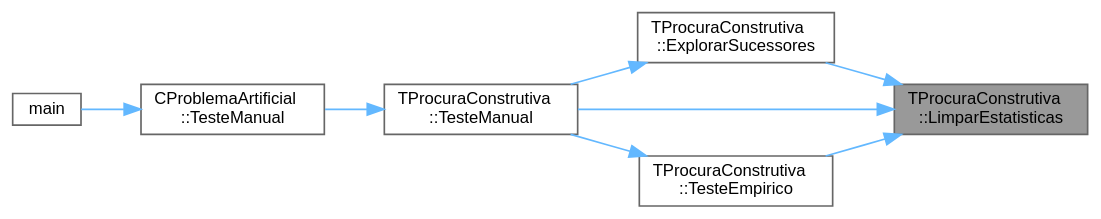
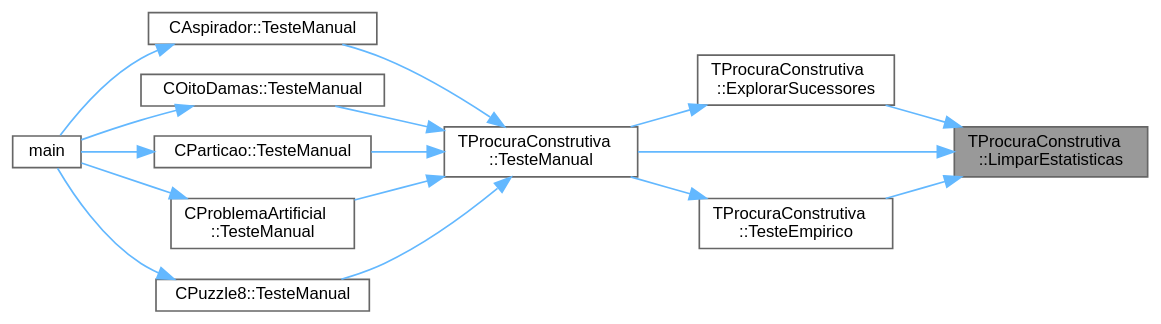
One commit to jcoelho72/TProcura changed the diagram in classTProcuraConstrutiva_ae254bbde1b2e36391d575fc2836fea7f_icgraph.dot. Above: the diagram before and after it, drawn with Graphviz. The commit also changed 389 other files, not shown here.

Commit message:
Deploying to gh-pages from @ jcoelho72/TProcuraConstrutiva@d73985d2b226c835cec3e36c712497b055dc47c4 🚀

```diff
--- a/classTProcuraConstrutiva_ae254bbde1b2e36391d575fc2836fea7f_icgraph.dot
+++ b/classTProcuraConstrutiva_ae254bbde1b2e36391d575fc2836fea7f_icgraph.dot
@@ -1,21 +1,33 @@
 digraph "TProcuraConstrutiva::LimparEstatisticas"
 {
  // LATEX_PDF_SIZE
   bgcolor="transparent";
   edge [fontname=Helvetica,fontsize=10,labelfontname=Helvetica,labelfontsize=10];
   node [fontname=Helvetica,fontsize=10,shape=box,height=0.2,width=0.4];
   rankdir="RL";
   Node1 [id="Node000001",label="TProcuraConstrutiva\l::LimparEstatisticas",height=0.2,width=0.4,color="gray40", fillcolor="grey60", style="filled", fontcolor="black",tooltip=" "];
-  Node1 -> Node2 [id="edge8_Node000001_Node000002",dir="back",color="steelblue1",style="solid",tooltip=" "];
+  Node1 -> Node2 [id="edge16_Node000001_Node000002",dir="back",color="steelblue1",style="solid",tooltip=" "];
   Node2 [id="Node000002",label="TProcuraConstrutiva\l::ExplorarSucessores",height=0.2,width=0.4,color="grey40", fillcolor="white", style="filled",URL="$classTProcuraConstrutiva.html#ab5639efca5e48b564a8bdd9ec23a8955",tooltip=" "];
-  Node2 -> Node3 [id="edge9_Node000002_Node000003",dir="back",color="steelblue1",style="solid",tooltip=" "];
+  Node2 -> Node3 [id="edge17_Node000002_Node000003",dir="back",color="steelblue1",style="solid",tooltip=" "];
   Node3 [id="Node000003",label="TProcuraConstrutiva\l::TesteManual",height=0.2,width=0.4,color="grey40", fillcolor="white", style="filled",URL="$group__RedefinicaoMandatoria.html#ga843a501e25cbaff7eb51d8d29995be3a",tooltip="Inicializa a interação com o utilizador."];
-  Node3 -> Node4 [id="edge10_Node000003_Node000004",dir="back",color="steelblue1",style="solid",tooltip=" "];
-  Node4 [id="Node000004",label="CProblemaArtificial\l::TesteManual",height=0.2,width=0.4,color="grey40", fillcolor="white", style="filled",URL="$classCProblemaArtificial.html#abaad629eb538177261df40e1e27e92ed",tooltip="Inicializa a interação com o utilizador."];
-  Node4 -> Node5 [id="edge11_Node000004_Node000005",dir="back",color="steelblue1",style="solid",tooltip=" "];
+  Node3 -> Node4 [id="edge18_Node000003_Node000004",dir="back",color="steelblue1",style="solid",tooltip=" "];
+  Node4 [id="Node000004",label="CAspirador::TesteManual",height=0.2,width=0.4,color="grey40", fillcolor="white", style="filled",URL="$classCAspirador.html#a718c8187439940dec18a46a9e9e024e3",tooltip="Inicializa a interação com o utilizador."];
+  Node4 -> Node5 [id="edge19_Node000004_Node000005",dir="back",color="steelblue1",style="solid",tooltip=" "];
   Node5 [id="Node000005",label="main",height=0.2,width=0.4,color="grey40", fillcolor="white", style="filled",URL="$teste_8cpp.html#a0ddf1224851353fc92bfbff6f499fa97",tooltip=" "];
-  Node1 -> Node6 [id="edge12_Node000001_Node000006",dir="back",color="steelblue1",style="solid",tooltip=" "];
-  Node6 [id="Node000006",label="TProcuraConstrutiva\l::TesteEmpirico",height=0.2,width=0.4,color="grey40", fillcolor="white", style="filled",URL="$group__RedefinicaoOpcional.html#gab2fca28035f165ce7c1d40acbfc8c971",tooltip="Executa testes empíricos, em todas as configurações guardadas, nas instâncias selecionadas."];
-  Node6 -> Node3 [id="edge13_Node000006_Node000003",dir="back",color="steelblue1",style="solid",tooltip=" "];
-  Node1 -> Node3 [id="edge14_Node000001_Node000003",dir="back",color="steelblue1",style="solid",tooltip=" "];
+  Node3 -> Node6 [id="edge20_Node000003_Node000006",dir="back",color="steelblue1",style="solid",tooltip=" "];
+  Node6 [id="Node000006",label="COitoDamas::TesteManual",height=0.2,width=0.4,color="grey40", fillcolor="white", style="filled",URL="$classCOitoDamas.html#a0fb443165d257ac17fc8cf5bc870404d",tooltip="Inicializa a interação com o utilizador."];
+  Node6 -> Node5 [id="edge21_Node000006_Node000005",dir="back",color="steelblue1",style="solid",tooltip=" "];
+  Node3 -> Node7 [id="edge22_Node000003_Node000007",dir="back",color="steelblue1",style="solid",tooltip=" "];
+  Node7 [id="Node000007",label="CParticao::TesteManual",height=0.2,width=0.4,color="grey40", fillcolor="white", style="filled",URL="$classCParticao.html#aa4d328b9944991f3fc52ce0726111865",tooltip="Inicializa a interação com o utilizador."];
+  Node7 -> Node5 [id="edge23_Node000007_Node000005",dir="back",color="steelblue1",style="solid",tooltip=" "];
+  Node3 -> Node8 [id="edge24_Node000003_Node000008",dir="back",color="steelblue1",style="solid",tooltip=" "];
+  Node8 [id="Node000008",label="CProblemaArtificial\l::TesteManual",height=0.2,width=0.4,color="grey40", fillcolor="white", style="filled",URL="$classCProblemaArtificial.html#abaad629eb538177261df40e1e27e92ed",tooltip="Inicializa a interação com o utilizador."];
+  Node8 -> Node5 [id="edge25_Node000008_Node000005",dir="back",color="steelblue1",style="solid",tooltip=" "];
+  Node3 -> Node9 [id="edge26_Node000003_Node000009",dir="back",color="steelblue1",style="solid",tooltip=" "];
+  Node9 [id="Node000009",label="CPuzzle8::TesteManual",height=0.2,width=0.4,color="grey40", fillcolor="white", style="filled",URL="$classCPuzzle8.html#a06d2a8f5d7e3670eb6ee75d7a72b0265",tooltip="Inicializa a interação com o utilizador."];
+  Node9 -> Node5 [id="edge27_Node000009_Node000005",dir="back",color="steelblue1",style="solid",tooltip=" "];
+  Node1 -> Node10 [id="edge28_Node000001_Node000010",dir="back",color="steelblue1",style="solid",tooltip=" "];
+  Node10 [id="Node000010",label="TProcuraConstrutiva\l::TesteEmpirico",height=0.2,width=0.4,color="grey40", fillcolor="white", style="filled",URL="$group__RedefinicaoOpcional.html#gab2fca28035f165ce7c1d40acbfc8c971",tooltip="Executa testes empíricos, em todas as configurações guardadas, nas instâncias selecionadas."];
+  Node10 -> Node3 [id="edge29_Node000010_Node000003",dir="back",color="steelblue1",style="solid",tooltip=" "];
+  Node1 -> Node3 [id="edge30_Node000001_Node000003",dir="back",color="steelblue1",style="solid",tooltip=" "];
 }
```
